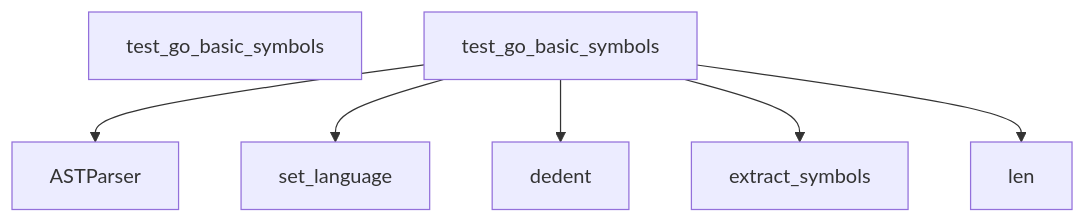
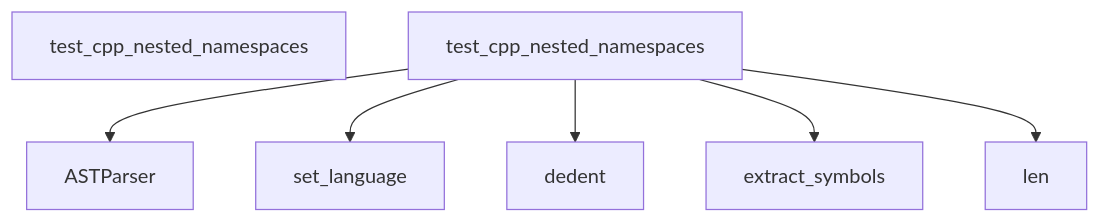
Diagram 24 of 27 in docs/DATA_FLOW.md (hazalkoom/DECODEx01), drawn with Mermaid before and after one commit. The commit also changed other lines of this file and 8 other files, not shown here.

````diff
--- a/docs/DATA_FLOW.md
+++ b/docs/DATA_FLOW.md
@@ -933,25 +851,25 @@
 ```mermaid
 graph TD
-    Start[test_go_basic_symbols]
+    Start[test_cpp_nested_namespaces]
 
 
-    test_go_basic_symbols --> ASTParser
+    test_cpp_nested_namespaces --> ASTParser
 
 
 
-    test_go_basic_symbols --> set_language
+    test_cpp_nested_namespaces --> set_language
 
 
 
-    test_go_basic_symbols --> dedent
+    test_cpp_nested_namespaces --> dedent
 
 
 
-    test_go_basic_symbols --> extract_symbols
+    test_cpp_nested_namespaces --> extract_symbols
 
 
 
-    test_go_basic_symbols --> len
+    test_cpp_nested_namespaces --> len
 
 
 ```
````
